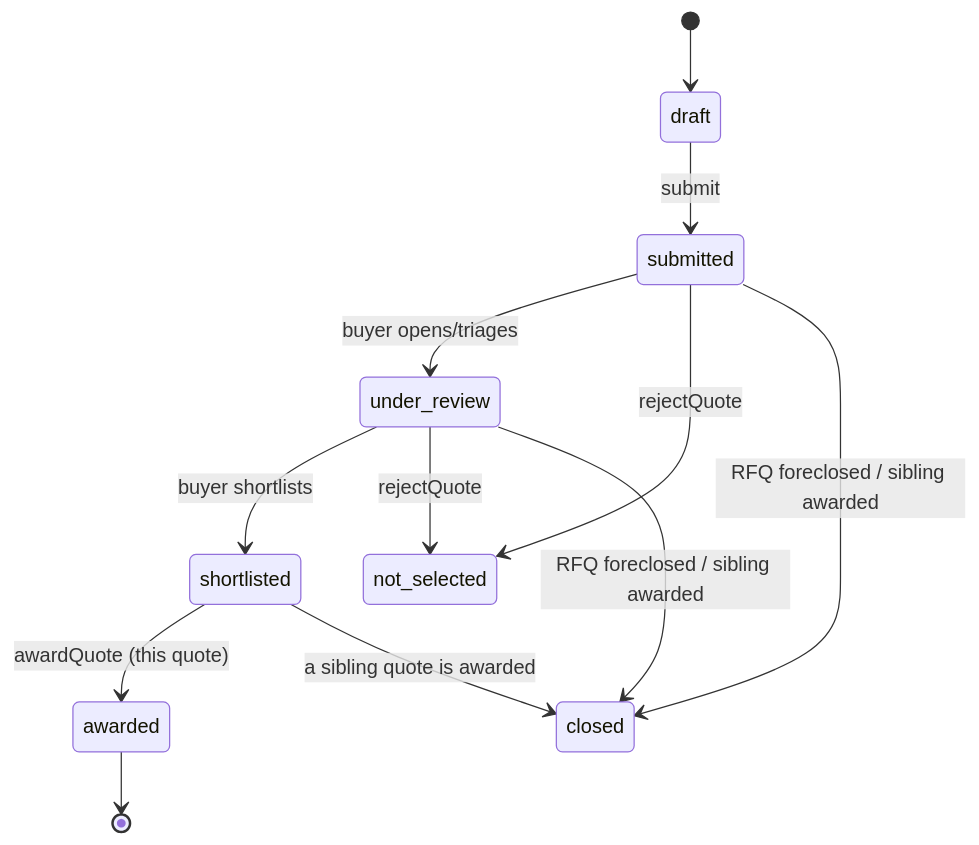
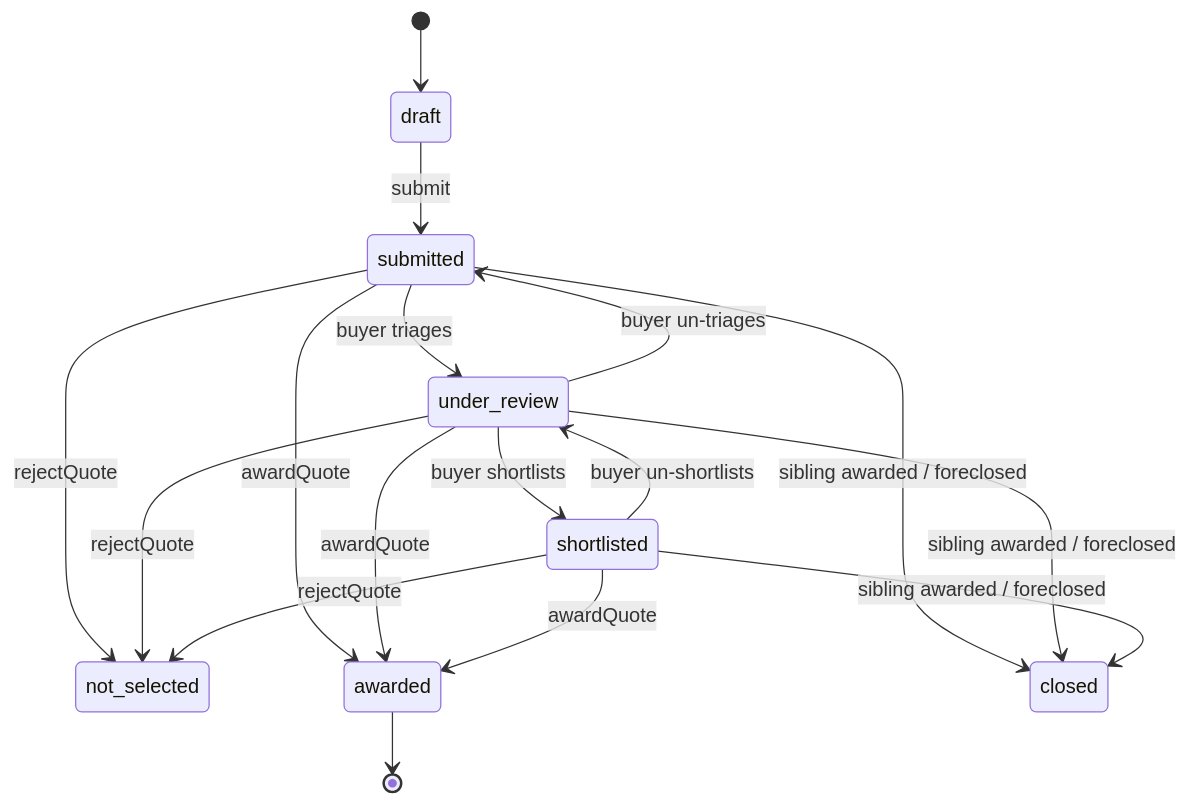
Before and after one commit to Rectifier09/SourceSutra: the fourth of 7 diagrams in bizlogic.md, drawn with Mermaid. The commit also changed other lines of this file, not shown here.

````diff
--- a/bizlogic.md
+++ b/bizlogic.md
@@ -202,14 +202,19 @@
 ```mermaid
 stateDiagram-v2
   [*] --> draft
   draft --> submitted: submit
-  submitted --> under_review: buyer opens/triages
+  submitted --> under_review: buyer triages
   under_review --> shortlisted: buyer shortlists
+  under_review --> submitted: buyer un-triages
+  shortlisted --> under_review: buyer un-shortlists
   submitted --> not_selected: rejectQuote
   under_review --> not_selected: rejectQuote
-  shortlisted --> awarded: awardQuote (this quote)
-  shortlisted --> closed: a sibling quote is awarded
-  submitted --> closed: RFQ foreclosed / sibling awarded
-  under_review --> closed: RFQ foreclosed / sibling awarded
+  shortlisted --> not_selected: rejectQuote
+  submitted --> awarded: awardQuote
+  under_review --> awarded: awardQuote
+  shortlisted --> awarded: awardQuote
+  submitted --> closed: sibling awarded / foreclosed
+  under_review --> closed: sibling awarded / foreclosed
+  shortlisted --> closed: sibling awarded / foreclosed
   awarded --> [*]
 ```
````
